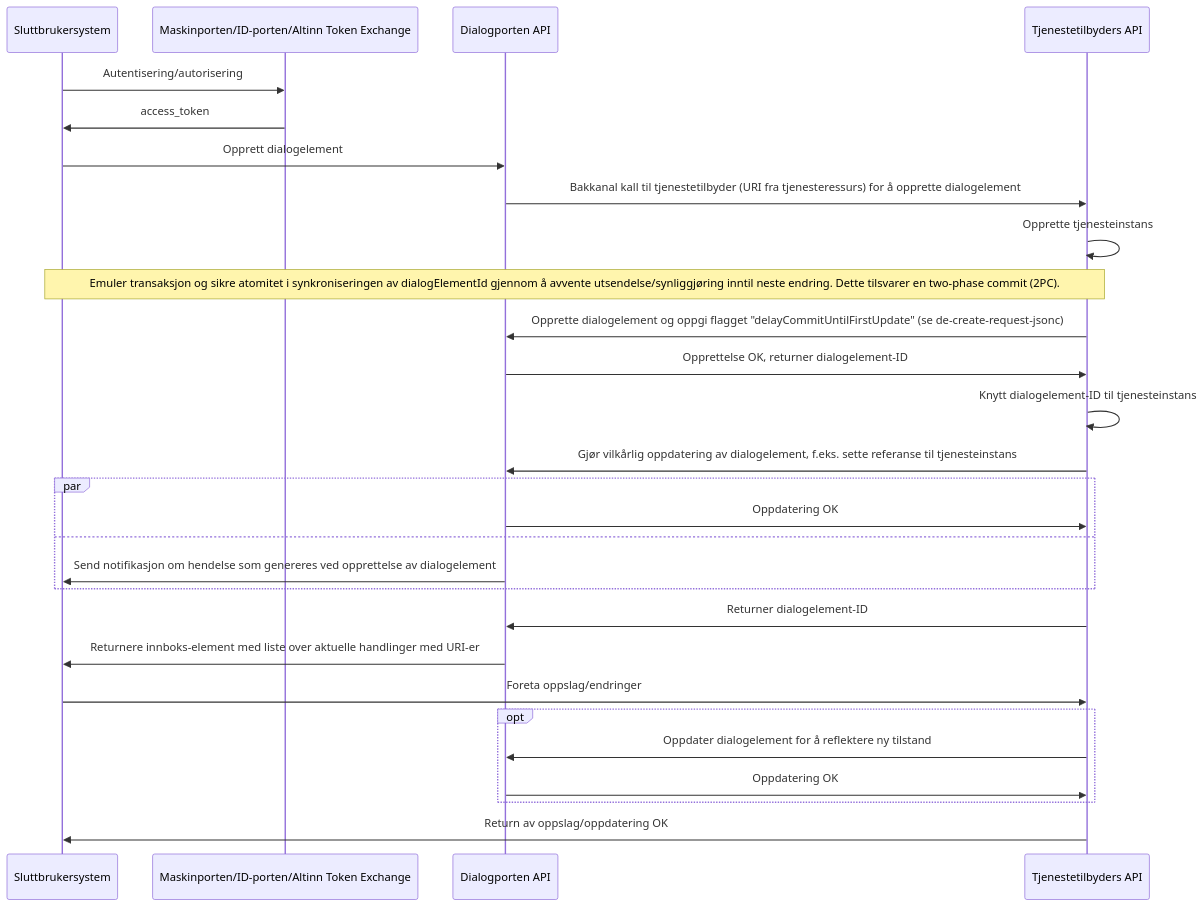
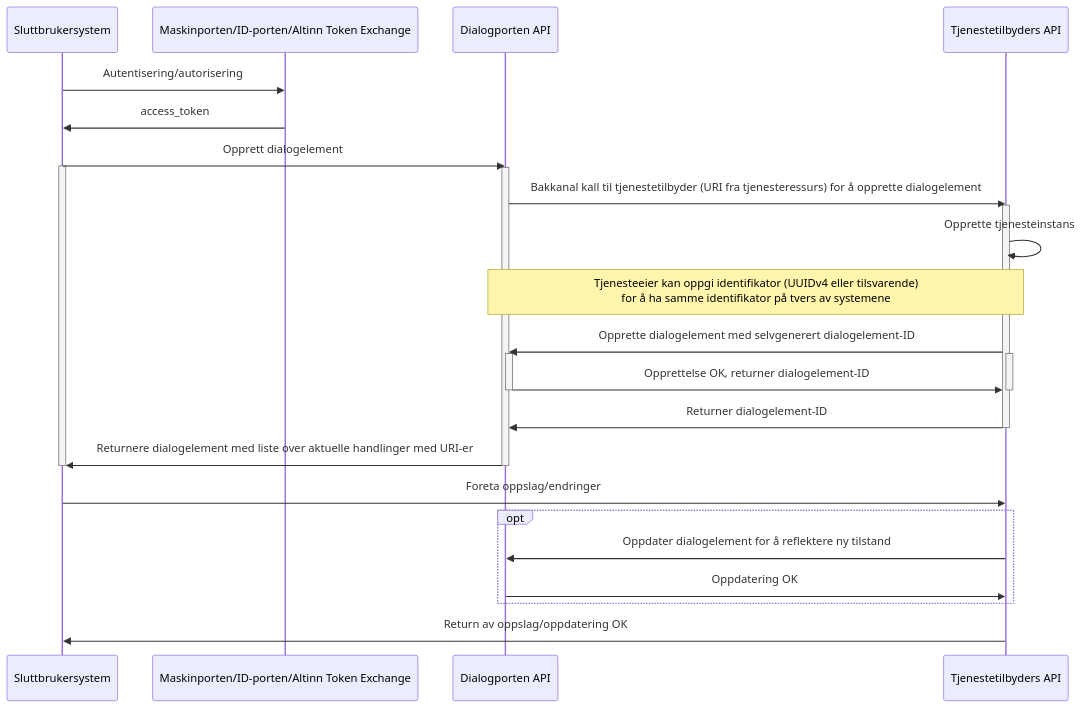
One commit to elsand/elsand.github.io changed the fifth of 6 diagrams in dialogporten.md. Above: the diagram before and after it, drawn with Mermaid. The commit also changed other lines of this file and 1 other file, not shown here.

Commit message:
Add support for supplying id for dialogelement (#25)

````diff
--- a/dialogporten.md
+++ b/dialogporten.md
@@ -450,30 +459,34 @@
 ```mermaid!
 sequenceDiagram
     participant SBS as Sluttbrukersystem
     participant EID as Maskinporten/ID-porten/Altinn Token Exchange
     participant API as Dialogporten API
     participant TEAPI as Tjenestetilbyders API
 SBS->>EID: Autentisering/autorisering
 EID->>SBS: access_token
 SBS->>API: Opprett dialogelement
+activate SBS
+activate API
 API->>TEAPI: Bakkanal kall til tjenestetilbyder (URI fra tjenesteressurs) for å opprette dialogelement
+activate TEAPI
 TEAPI->>TEAPI: Opprette tjenesteinstans
-note over SBS,TEAPI: Emuler transaksjon og sikre atomitet i synkroniseringen av dialogElementId gjennom å avvente utsendelse/synliggjøring inntil neste endring. Dette tilsvarer en two-phase commit (2PC).
-TEAPI->>API: Opprette dialogelement og oppgi flagget "delayCommitUntilFirstUpdate" (se de-create-request-jsonc)
+note over API,TEAPI: Tjenesteeier kan oppgi identifikator (UUIDv4 eller tilsvarende)<br>for å ha samme identifikator på tvers av systemene
+TEAPI->>API: Opprette dialogelement med selvgenerert dialogelement-ID
+activate TEAPI
+activate API
 API->>TEAPI: Opprettelse OK, returner dialogelement-ID
-TEAPI->>TEAPI: Knytt dialogelement-ID til tjenesteinstans
-TEAPI->>API: Gjør vilkårlig oppdatering av dialogelement, f.eks. sette referanse til tjenesteinstans
-par
-    API->>TEAPI: Oppdatering OK
-and
-    API->>SBS: Send notifikasjon om hendelse som genereres ved opprettelse av dialogelement    
-end
+deactivate TEAPI
+deactivate API
 TEAPI->>API: Returner dialogelement-ID
-API->>SBS: Returnere innboks-element med liste over aktuelle handlinger med URI-er
+deactivate TEAPI
+API->>SBS: Returnere dialogelement med liste over aktuelle handlinger med URI-er
+deactivate API
+deactivate SBS
 SBS->>TEAPI: Foreta oppslag/endringer
 opt
     TEAPI->>API: Oppdater dialogelement for å reflektere ny tilstand
     API->>TEAPI: Oppdatering OK
 end
 TEAPI->>SBS: Return av oppslag/oppdatering OK
+
 ```
````
